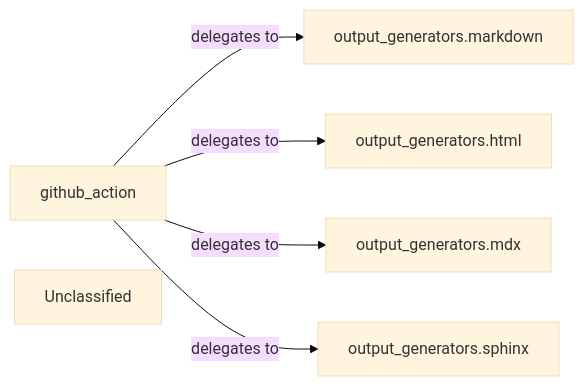
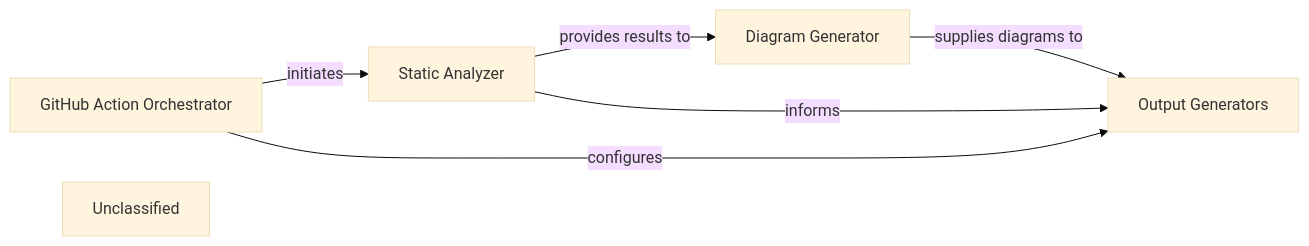
Before and after one commit to mariyam866/CodeBoarding: the diagram in .codeboarding/Output_Generation_Engine.md, drawn with Mermaid (base theme). The commit also changed other lines of this file and 13 other files, not shown here.

First line of the commit message:
docs: update codeboarding documentation and generate architecture

````diff
--- a/.codeboarding/Output_Generation_Engine.md
+++ b/.codeboarding/Output_Generation_Engine.md
@@ -1,13 +1,13 @@
 ```mermaid
 graph LR
-    github_action["github_action"]
-    output_generators_markdown["output_generators.markdown"]
-    output_generators_html["output_generators.html"]
-    output_generators_mdx["output_generators.mdx"]
-    output_generators_sphinx["output_generators.sphinx"]
+    GitHub_Action_Orchestrator["GitHub Action Orchestrator"]
+    Static_Analyzer["Static Analyzer"]
+    Diagram_Generator["Diagram Generator"]
+    Output_Generators["Output Generators"]
     Unclassified["Unclassified"]
-    github_action -- "delegates to" --> output_generators_markdown
-    github_action -- "delegates to" --> output_generators_html
-    github_action -- "delegates to" --> output_generators_mdx
-    github_action -- "delegates to" --> output_generators_sphinx
+    GitHub_Action_Orchestrator -- "initiates" --> Static_Analyzer
+    Static_Analyzer -- "provides results to" --> Diagram_Generator
+    Diagram_Generator -- "supplies diagrams to" --> Output_Generators
+    GitHub_Action_Orchestrator -- "configures" --> Output_Generators
+    Static_Analyzer -- "informs" --> Output_Generators
 ```
````
